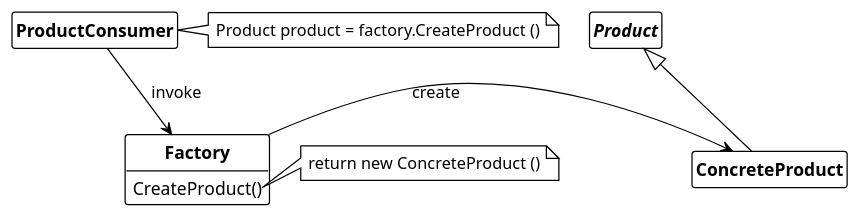
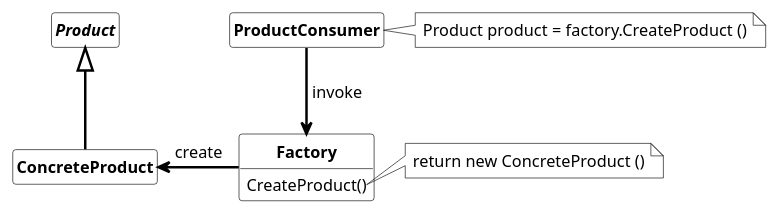
The diagram in creational_patterns/factory/factory.md (dst80/design-patterns), drawn with PlantUML before and after one commit. The commit also changed 11 other files, not shown here.

````diff
--- a/creational_patterns/factory/factory.md
+++ b/creational_patterns/factory/factory.md
@@ -4,43 +4,53 @@
 ```plantuml
 @startuml factory
-!theme plain
+skinparam ranksep 50
+skinparam nodesep 50
+skinparam class {
+  FontSize 13
+  AttributeFontSize 13
+  FontStyle bold
+  BackgroundColor transparent
+  BorderColor black
+}
+skinparam arrow {
+  Color black
+  FontColor black
+  Thickness 2
+}
+skinparam note {
+  BackgroundColor transparent
+  BorderColor black
+}
 hide circle
 hide fields
 hide members
 
 skinparam nodesep 25
 skinparam ranksep 50
-together {
-together {
-    class "**ProductConsumer**" as ProductConsumer
+class ProductConsumer
 
-    class "**Factory**" as Factory {
-        CreateProduct()
-    }
-    show Factory members
-    hide Factory fields
+class Factory {
+    CreateProduct()
+}
+show Factory members
+hide Factory fields
 
-    ProductConsumer -d-> Factory : " invoke"
-  
+ProductConsumer -d-> Factory : " invoke"
 
-    note right of ProductConsumer
-    Product product = factory.CreateProduct ()
-    end note
 
-    note right of Factory::CreateProduct
-    return new ConcreteProduct ()
-    end note
-}
+note right of ProductConsumer
+Product product = factory.CreateProduct ()
+end note
 
-together {
-    interface "**Product**" as Product
-    class "**ConcreteProduct**" as ConcreteProduct
-    Product <|--d ConcreteProduct
-}
-}
+note right of Factory::CreateProduct
+return new ConcreteProduct ()
+end note
+
+interface Product
+class ConcreteProduct extends Product
 
 Factory -l-> ConcreteProduct : create
 
 
 @enduml
 ```
````
